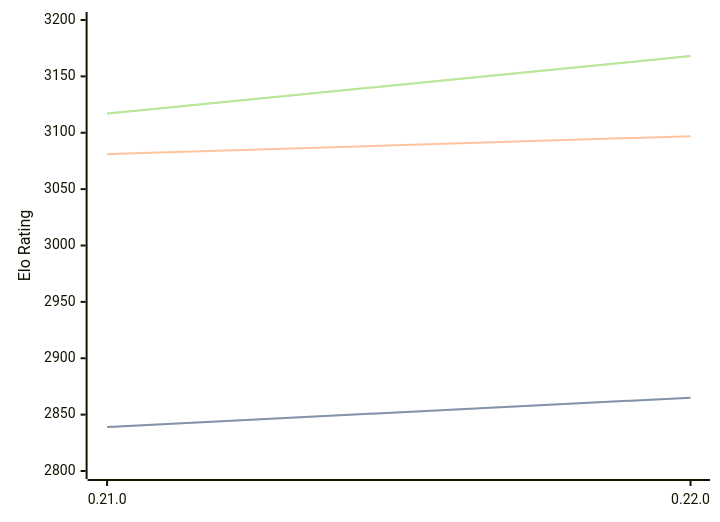
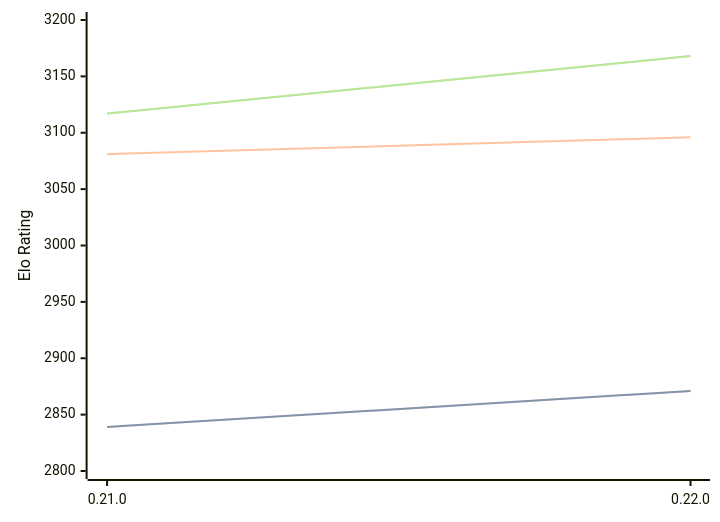
One commit to computer-chess-index/cci changed the diagram in engines/Princhess.md. Above: the diagram before and after it, drawn with Mermaid. The commit also changed other lines of this file, not shown here.

````diff
--- a/engines/Princhess.md
+++ b/engines/Princhess.md
@@ -32,11 +32,11 @@
 ```mermaid
 %%{init: {"theme":"base","themeVariables":{"seriesColors:['#a3a3a3','#222221','#faa371']}}}%%
 xychart-beta
   x-axis ["0.21.0", "0.22.0"]
   y-axis "Elo Rating" 2800 --> 3200
-  line "" [2839, 2865]
-  line "STC (8.0+0.08s)" [2839, 2865]
-  line "LTC (60.0+0.60s)" [3081, 3097]
+  line "" [2839, 2871]
+  line "STC (8.0+0.08s)" [2839, 2871]
+  line "LTC (60.0+0.60s)" [3081, 3096]
   line "" [3117, 3168]
   line "VLTC (2m24s+1.12s)" [3117, 3168]
 ```
````
